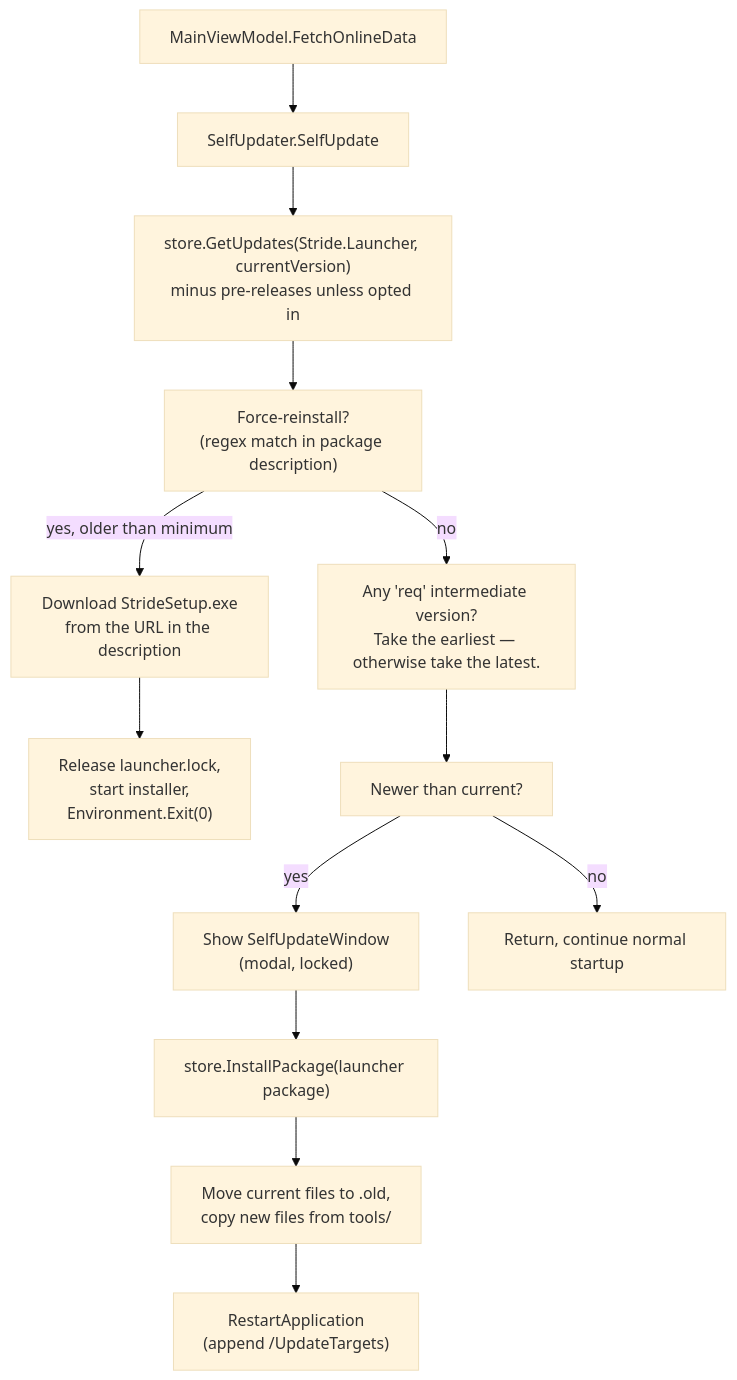
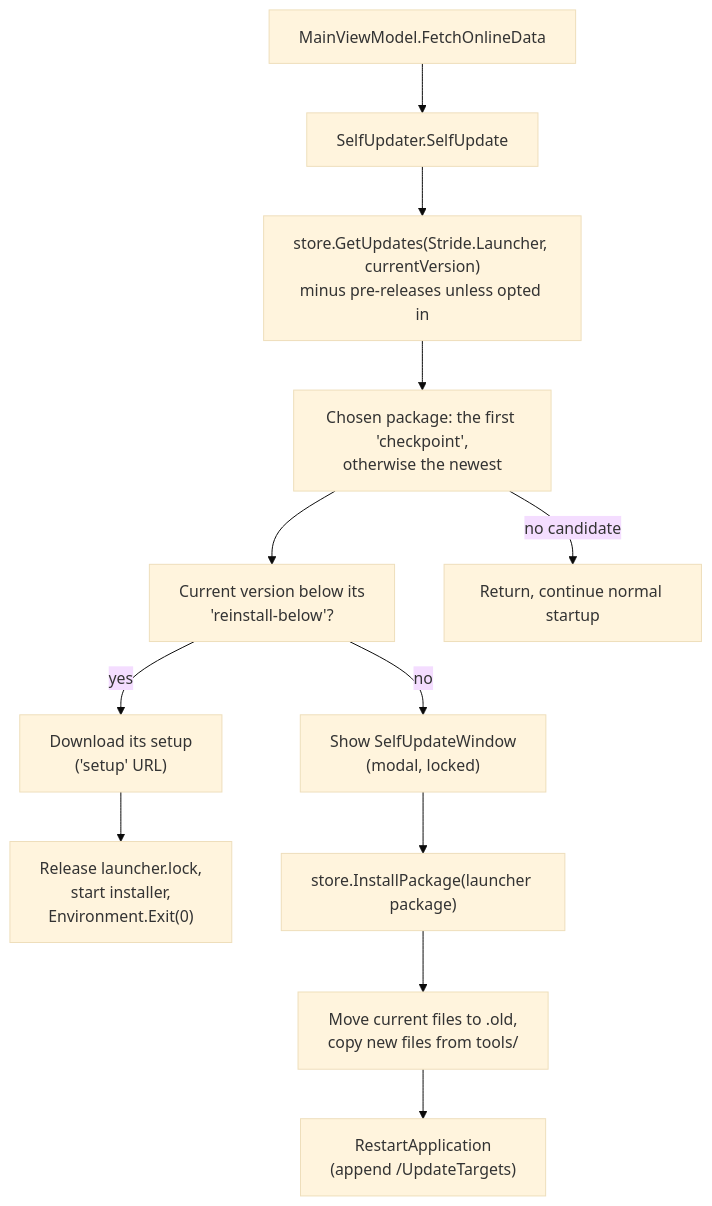
Before and after one commit to stride3d/stride: the diagram in docs/launcher/self-update.md, drawn with Mermaid (base theme). The commit also changed other lines of this file and 10 other files, not shown here.

Commit message:
Launcher: update rules in an "update:" line, 6.0.1-req keeps older launchers off pre-releases

````diff
--- a/docs/launcher/self-update.md
+++ b/docs/launcher/self-update.md
@@ -7,22 +7,21 @@
 ```mermaid
 flowchart TD
     Start["MainViewModel.FetchOnlineData"]
     Self["SelfUpdater.SelfUpdate"]
     Updates["store.GetUpdates(Stride.Launcher, currentVersion)<br/>minus pre-releases unless opted in"]
-    Force["Force-reinstall?<br/>(regex match in package description)"]
-    DL["Download StrideSetup.exe<br/>from the URL in the description"]
+    Choose["Chosen package: the first 'checkpoint',<br/>otherwise the newest"]
+    Reinstall["Current version below its<br/>'reinstall-below'?"]
+    DL["Download its setup<br/>('setup' URL)"]
     RunInstaller["Release launcher.lock,<br/>start installer,<br/>Environment.Exit(0)"]
-    Req["Any 'req' intermediate version?<br/>Take the earliest — otherwise take the latest."]
-    Need["Newer than current?"]
     Show["Show SelfUpdateWindow<br/>(modal, locked)"]
     Install["store.InstallPackage(launcher package)"]
     Swap["Move current files to .old,<br/>copy new files from tools/"]
     Restart["RestartApplication<br/>(append /UpdateTargets)"]
     Skip["Return, continue normal startup"]
 
-    Start --> Self --> Updates --> Force
-    Force -- "yes, older than minimum" --> DL --> RunInstaller
-    Force -- "no" --> Req --> Need
-    Need -- "no" --> Skip
-    Need -- "yes" --> Show --> Install --> Swap --> Restart
+    Start --> Self --> Updates --> Choose
+    Choose -- "no candidate" --> Skip
+    Choose --> Reinstall
+    Reinstall -- "yes" --> DL --> RunInstaller
+    Reinstall -- "no" --> Show --> Install --> Swap --> Restart
 ```
````
